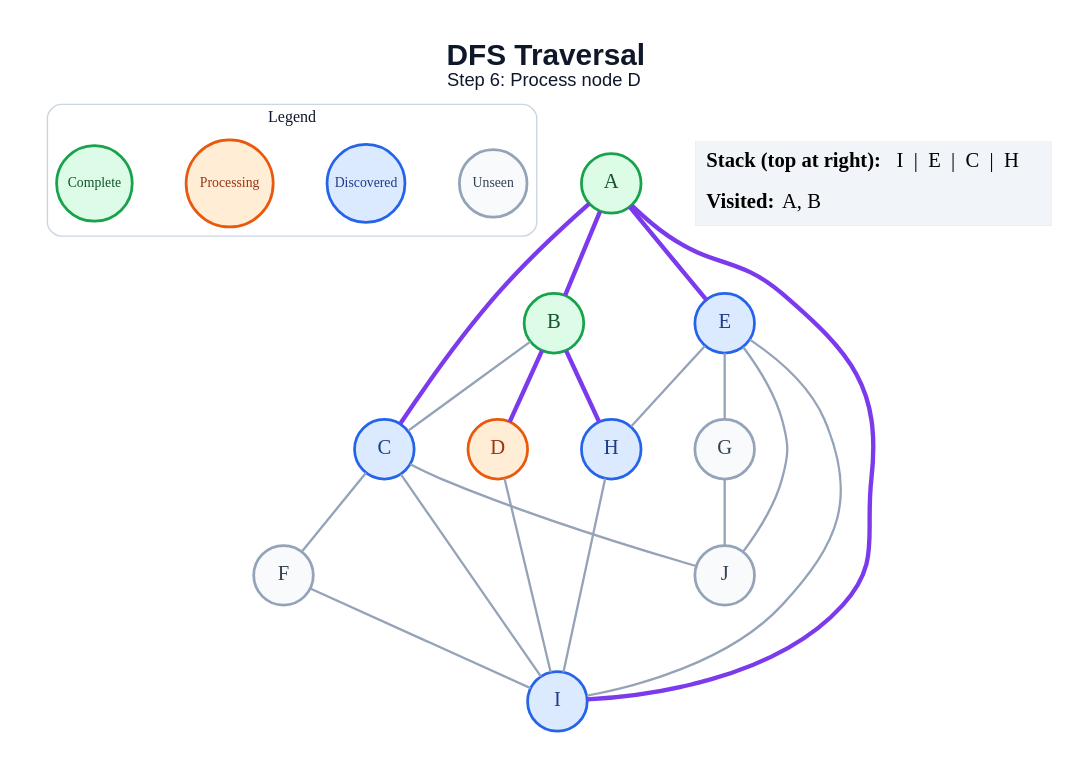
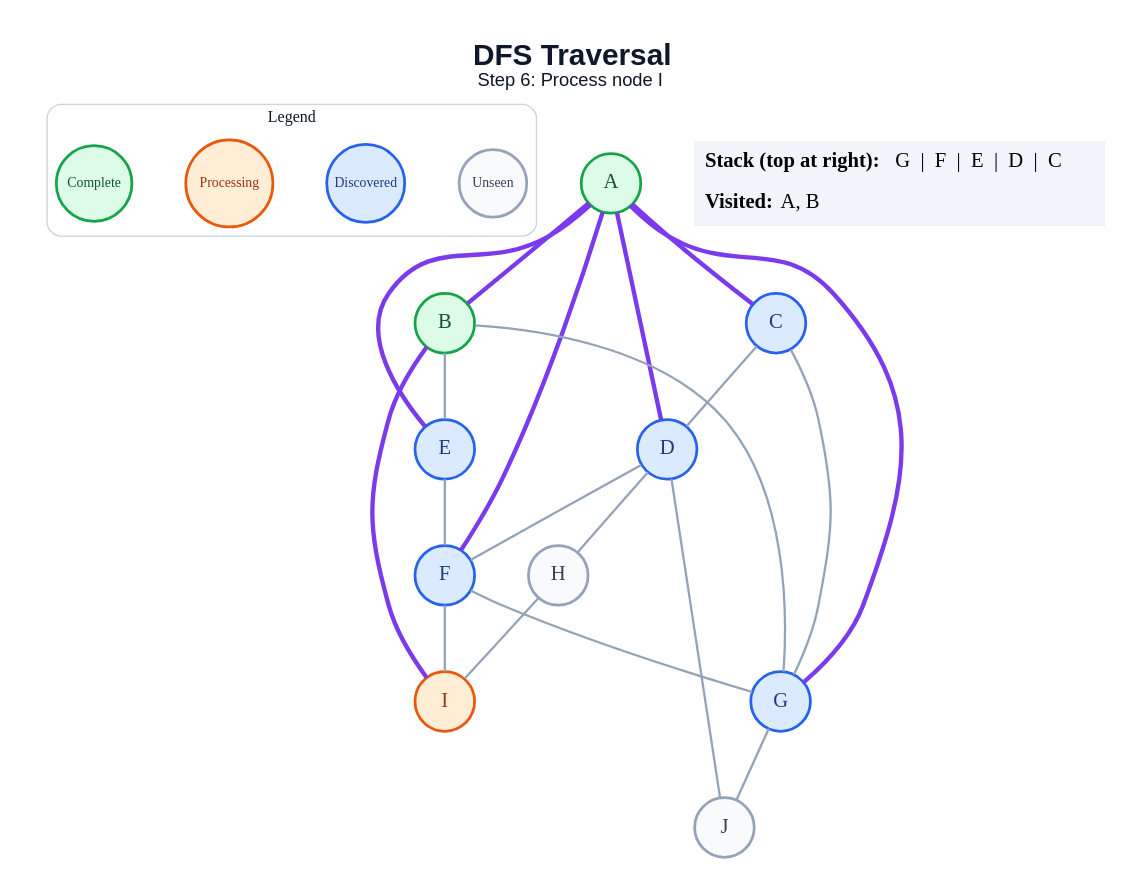
One commit to amanghodawala9/ai-slop changed the diagram in generated/dfs/step_06.dot. Above: the diagram before and after it, drawn with Graphviz. The commit also changed 178 other files, not shown here.

```diff
--- a/generated/dfs/step_06.dot
+++ b/generated/dfs/step_06.dot
@@ -1,47 +1,48 @@
 graph traversal {
   graph [layout=dot, rankdir=TB, bgcolor="#FFFFFF", pad="0.35", nodesep="0.65", ranksep="0.8", fontname="Arial"];
   node [shape=circle, style="filled", fontname="Arial Bold", fontsize=18, width=0.72, fixedsize=true, penwidth=2.4];
   edge [color="#94A3B8", penwidth=2.0];
-  label=<<B>DFS Traversal</B><BR/><FONT POINT-SIZE="16">Step 6: Process node D</FONT>>; labelloc="t"; fontsize=26; fontname="Arial"; fontcolor="#0F172A";
+  label=<<B>DFS Traversal</B><BR/><FONT POINT-SIZE="16">Step 6: Process node I</FONT>>; labelloc="t"; fontsize=26; fontname="Arial"; fontcolor="#0F172A";
   subgraph cluster_legend { label="Legend"; color="#CBD5E1"; penwidth=1.2; style="rounded"; fontsize=14; fontname="Arial Bold";
     key_unseen [label="Unseen", fillcolor="#F8FAFC", color="#94A3B8", fontcolor="#334155", fontsize=12, width=0.82];
     key_frontier [label="Discovered", fillcolor="#DBEAFE", color="#2563EB", fontcolor="#1E3A8A", fontsize=12, width=0.95];
     key_current [label="Processing", fillcolor="#FFEDD5", color="#EA580C", fontcolor="#9A3412", fontsize=12, width=1.05];
     key_done [label="Complete", fillcolor="#DCFCE7", color="#16A34A", fontcolor="#14532D", fontsize=12, width=0.92];
     { rank=same; key_unseen; key_frontier; key_current; key_done; }
   }
   A [fillcolor="#DCFCE7", color="#16A34A", fontcolor="#14532D"];
   B [fillcolor="#DCFCE7", color="#16A34A", fontcolor="#14532D"];
   C [fillcolor="#DBEAFE", color="#2563EB", fontcolor="#1E3A8A"];
-  D [fillcolor="#FFEDD5", color="#EA580C", fontcolor="#9A3412"];
+  D [fillcolor="#DBEAFE", color="#2563EB", fontcolor="#1E3A8A"];
   E [fillcolor="#DBEAFE", color="#2563EB", fontcolor="#1E3A8A"];
-  F [fillcolor="#F8FAFC", color="#94A3B8", fontcolor="#334155"];
-  G [fillcolor="#F8FAFC", color="#94A3B8", fontcolor="#334155"];
-  H [fillcolor="#DBEAFE", color="#2563EB", fontcolor="#1E3A8A"];
-  I [fillcolor="#DBEAFE", color="#2563EB", fontcolor="#1E3A8A"];
+  F [fillcolor="#DBEAFE", color="#2563EB", fontcolor="#1E3A8A"];
+  G [fillcolor="#DBEAFE", color="#2563EB", fontcolor="#1E3A8A"];
+  H [fillcolor="#F8FAFC", color="#94A3B8", fontcolor="#334155"];
+  I [fillcolor="#FFEDD5", color="#EA580C", fontcolor="#9A3412"];
   J [fillcolor="#F8FAFC", color="#94A3B8", fontcolor="#334155"];
   A -- B [color="#7C3AED", penwidth=3.8];
   A -- C [color="#7C3AED", penwidth=3.8];
+  A -- D [color="#7C3AED", penwidth=3.8];
   A -- E [color="#7C3AED", penwidth=3.8];
-  A -- I [color="#7C3AED", penwidth=3.8];
-  B -- C;
-  B -- D [color="#7C3AED", penwidth=3.8];
-  B -- H [color="#7C3AED", penwidth=3.8];
-  C -- F;
-  C -- I;
-  C -- J;
-  D -- I;
-  E -- G;
-  E -- H;
-  E -- I;
-  E -- J;
+  A -- F [color="#7C3AED", penwidth=3.8];
+  A -- G [color="#7C3AED", penwidth=3.8];
+  B -- E;
+  B -- G;
+  B -- I [color="#7C3AED", penwidth=3.8];
+  C -- D;
+  C -- G;
+  D -- F;
+  D -- H;
+  D -- J;
+  E -- F;
+  F -- G;
   F -- I;
   G -- J;
   H -- I;
   status [shape=plain, fixedsize=false, width=0, height=0, margin=0, label=<
     <TABLE BORDER="0" CELLBORDER="0" CELLPADDING="7" BGCOLOR="#F1F5F9">
-      <TR><TD ALIGN="LEFT"><B>Stack (top at right):</B> I  |  E  |  C  |  H</TD></TR>
+      <TR><TD ALIGN="LEFT"><B>Stack (top at right):</B> G  |  F  |  E  |  D  |  C</TD></TR>
       <TR><TD ALIGN="LEFT"><B>Visited:</B> A, B</TD></TR>
     </TABLE>
   >];
 }
```
